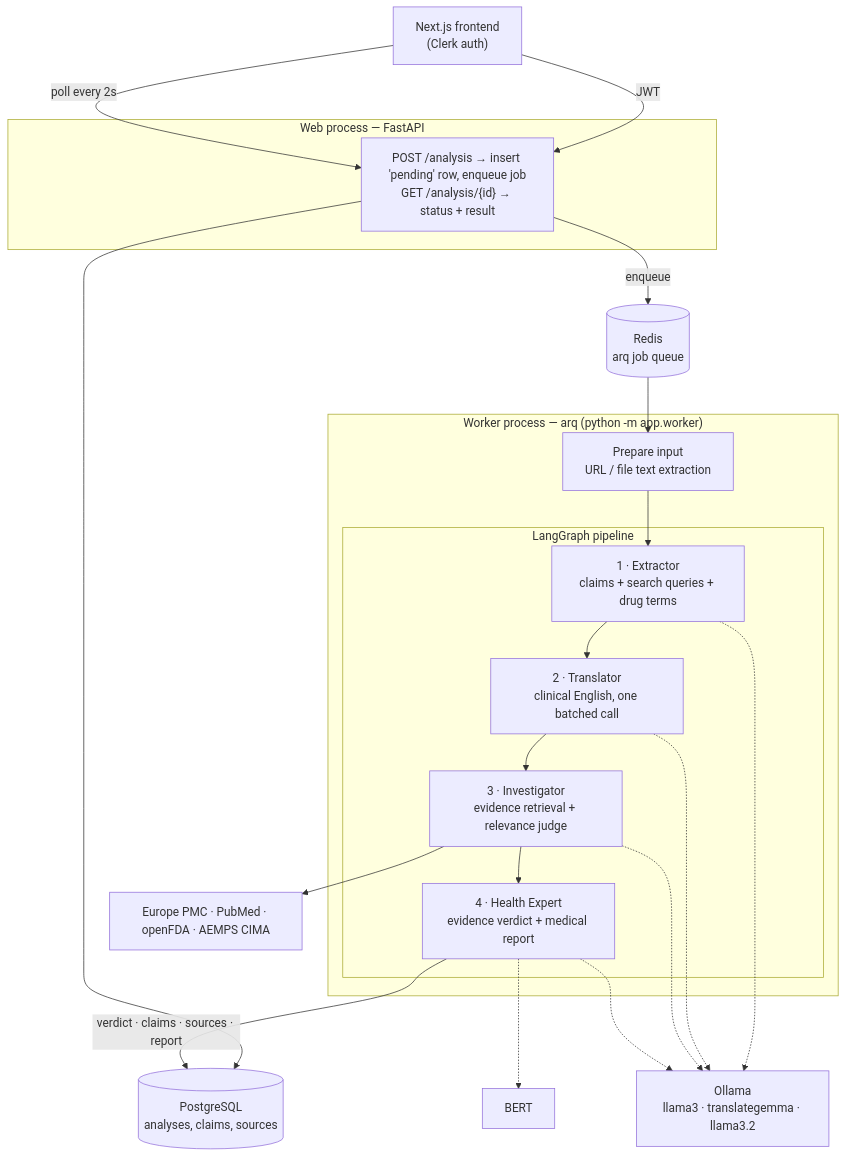
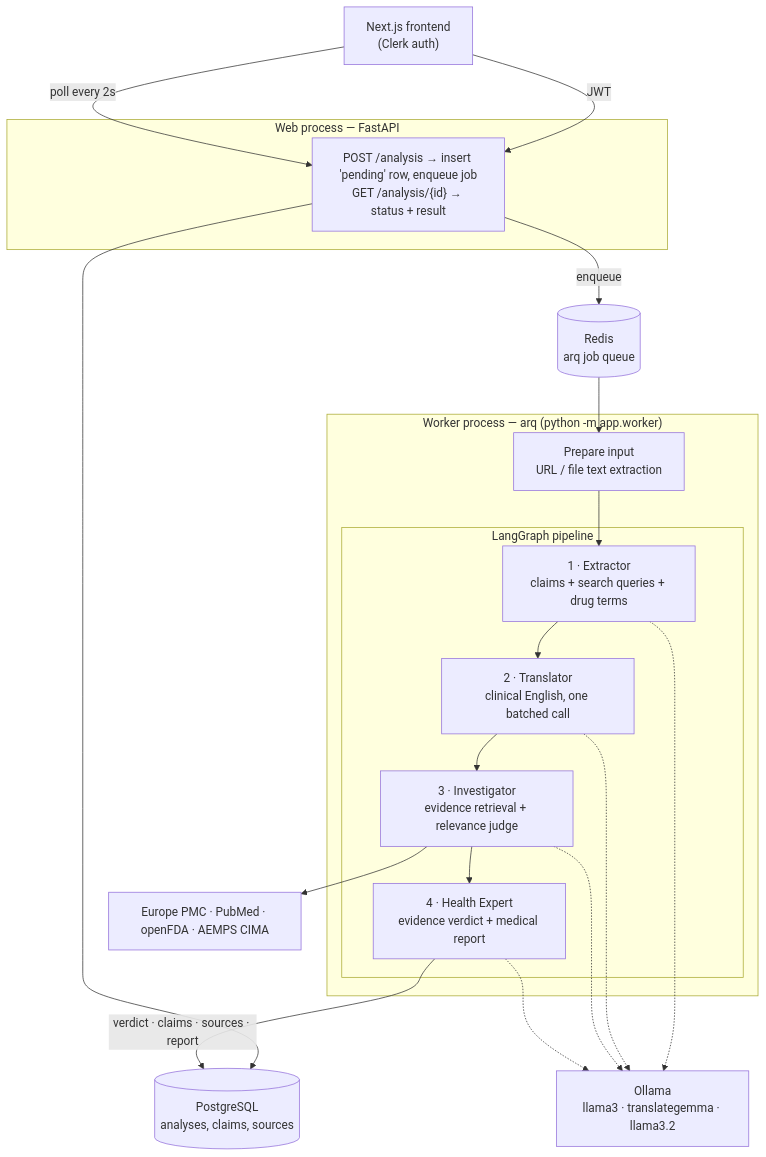
The diagram in README.md (ldelvillar/veritrust), drawn with Mermaid before and after one commit. The commit also changed other lines of this file and 45 other files, not shown here.

````diff
--- a/README.md
+++ b/README.md
@@ -14,39 +14,38 @@
 ```mermaid
 flowchart TB
     UI["Next.js frontend<br/>(Clerk auth)"]
 
     subgraph WEB["Web process — FastAPI"]
         API["POST /analysis → insert 'pending' row, enqueue job<br/>GET /analysis/{id} → status + result"]
     end
 
     PG[("PostgreSQL<br/>analyses, claims, sources")]
     REDIS[("Redis<br/>arq job queue")]
 
     subgraph WORKER["Worker process — arq (python -m app.worker)"]
         PREP["Prepare input<br/>URL / file text extraction"]
         subgraph GRAPH["LangGraph pipeline"]
             EX["1 · Extractor<br/>claims + search queries + drug terms"]
             TR["2 · Translator<br/>clinical English, one batched call"]
             IN["3 · Investigator<br/>evidence retrieval + relevance judge"]
             HE["4 · Health Expert<br/>evidence verdict + medical report"]
             EX --> TR --> IN --> HE
         end
         PREP --> EX
     end
 
     OLLAMA["Ollama<br/>llama3 · translategemma · llama3.2"]
     LIT["Europe PMC · PubMed · openFDA · AEMPS CIMA"]
 
     UI -- "JWT" --> API
     API --> PG
     API -- "enqueue" --> REDIS
     REDIS --> PREP
     EX -.-> OLLAMA
     TR -.-> OLLAMA
     IN -.-> OLLAMA
     HE -.-> OLLAMA
-    HE -.-> BERT
     IN --> LIT
     HE -- "verdict · claims · sources · report" --> PG
     UI -- "poll every 2s" --> API
 ```
````
